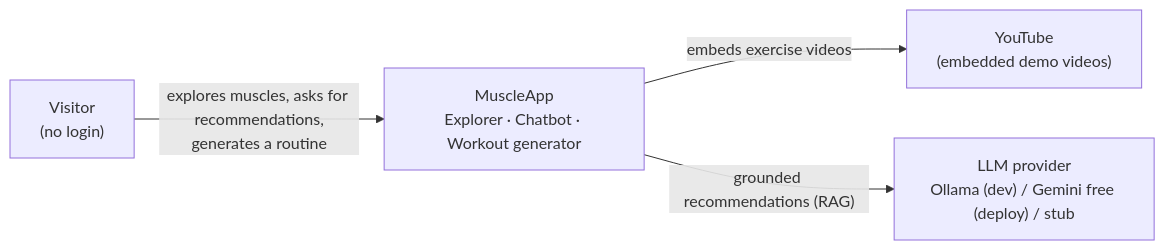
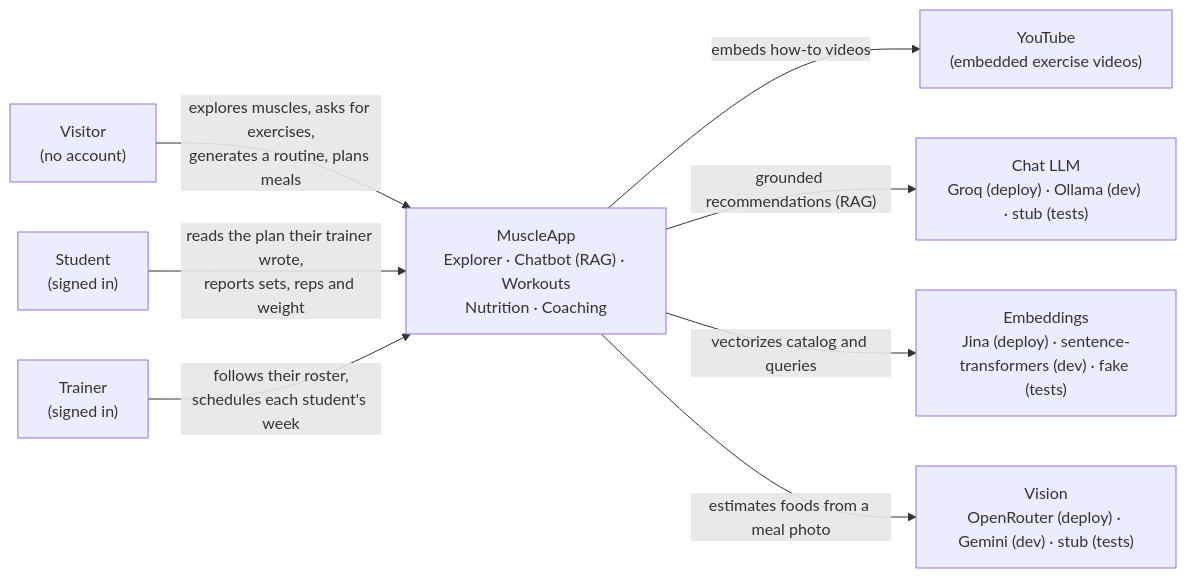
The first of 3 diagrams in docs/diagrams/README.md (drodriguezventosa/muscle_app), drawn with Mermaid before and after one commit. The commit also changed other lines of this file and 7 other files, not shown here.

````diff
--- a/docs/diagrams/README.md
+++ b/docs/diagrams/README.md
@@ -11,11 +17,19 @@
 ```mermaid
 graph LR
-    user["Visitor<br/>(no login)"]
-    app["MuscleApp<br/>Explorer · Chatbot · Workout generator"]
-    yt["YouTube<br/>(embedded demo videos)"]
-    llm["LLM provider<br/>Ollama (dev) / Gemini free (deploy) / stub"]
+    visitor["Visitor<br/>(no account)"]
+    student["Student<br/>(signed in)"]
+    trainer["Trainer<br/>(signed in)"]
+    app["MuscleApp<br/>Explorer · Chatbot (RAG) · Workouts<br/>Nutrition · Coaching"]
+    yt["YouTube<br/>(embedded exercise videos)"]
+    llm["Chat LLM<br/>Groq (deploy) · Ollama (dev) · stub (tests)"]
+    emb["Embeddings<br/>Jina (deploy) · sentence-transformers (dev) · fake (tests)"]
+    vis["Vision<br/>OpenRouter (deploy) · Gemini (dev) · stub (tests)"]
 
-    user -->|"explores muscles, asks for recommendations,<br/>generates a routine"| app
-    app -->|"embeds exercise videos"| yt
+    visitor -->|"explores muscles, asks for exercises,<br/>generates a routine, plans meals"| app
+    student -->|"reads the plan their trainer wrote,<br/>reports sets, reps and weight"| app
+    trainer -->|"follows their roster,<br/>schedules each student's week"| app
+    app -->|"embeds how-to videos"| yt
     app -->|"grounded recommendations (RAG)"| llm
+    app -->|"vectorizes catalog and queries"| emb
+    app -->|"estimates foods from a meal photo"| vis
 ```
````
